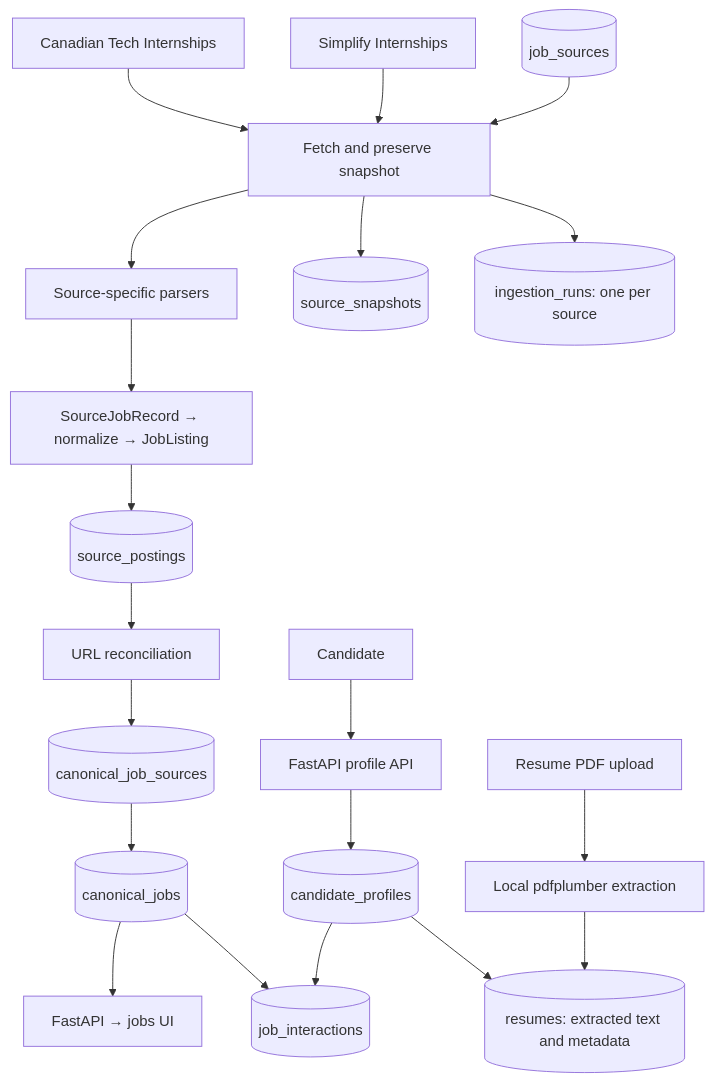
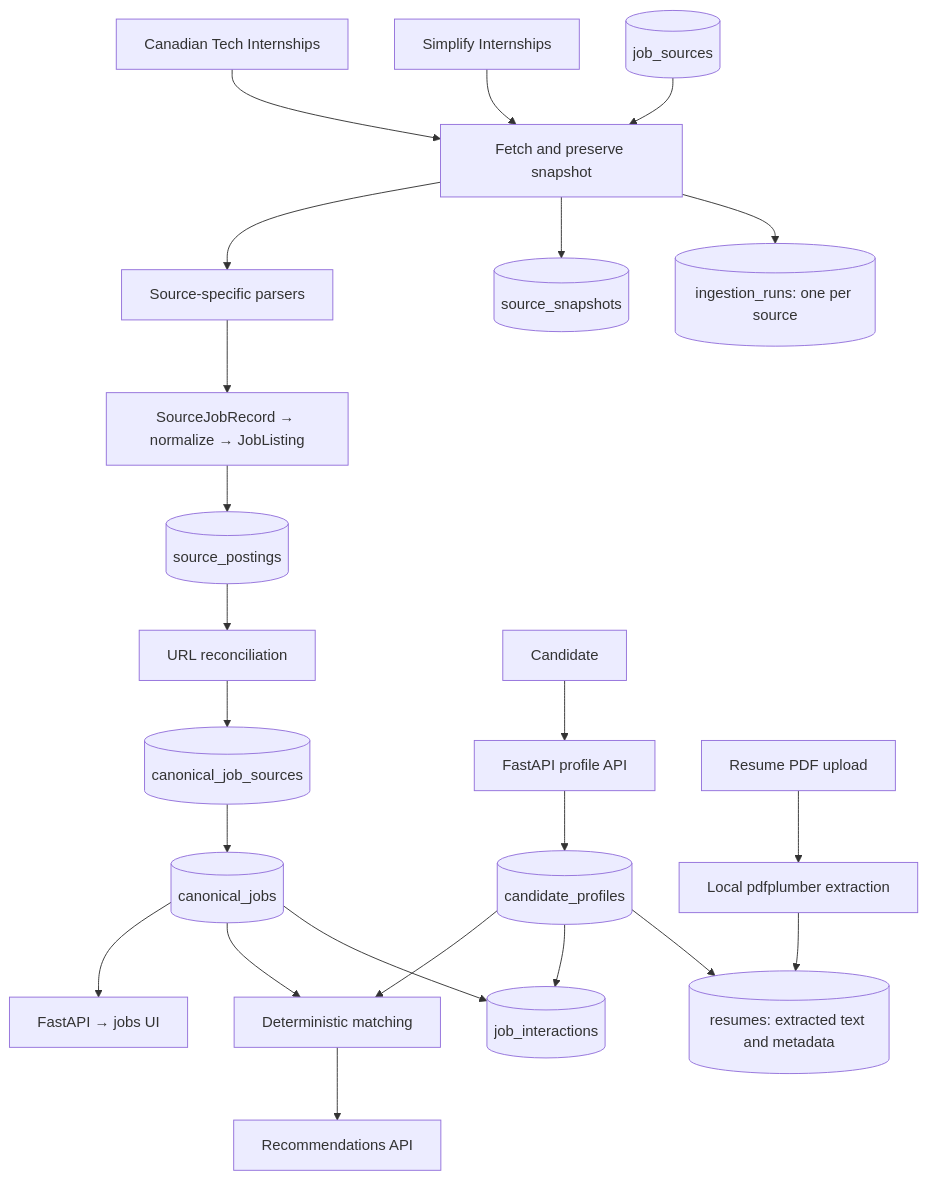
Before and after one commit to aymaanalamgir/internshipfeed: the diagram in README.md, drawn with Mermaid. The commit also changed other lines of this file and 8 other files, not shown here.

````diff
--- a/README.md
+++ b/README.md
@@ -7,22 +7,25 @@
 ```mermaid
 flowchart TD
     A[Canadian Tech Internships] --> F[Fetch and preserve snapshot]
     B[Simplify Internships] --> F
     F --> P[Source-specific parsers]
     P --> N[SourceJobRecord → normalize → JobListing]
     N --> SP[(source_postings)]
     SP --> R[URL reconciliation]
     R --> MAP[(canonical_job_sources)]
     MAP --> C[(canonical_jobs)]
     C --> API[FastAPI → jobs UI]
     F --> SS[(source_snapshots)]
     F --> RUN[(ingestion_runs: one per source)]
     JS[(job_sources)] --> F
     CAND[Candidate] --> PROFILE[FastAPI profile API]
     PROFILE --> CP[(candidate_profiles)]
+    CP --> MATCH[Deterministic matching]
+    C --> MATCH
+    MATCH --> RECS[Recommendations API]
     CP[(candidate_profiles)] --> E[(job_interactions)]
     C --> E
     CP --> RES[(resumes: extracted text and metadata)]
     PDF[Resume PDF upload] --> EXTRACT[Local pdfplumber extraction]
     EXTRACT --> RES
 ```
````
